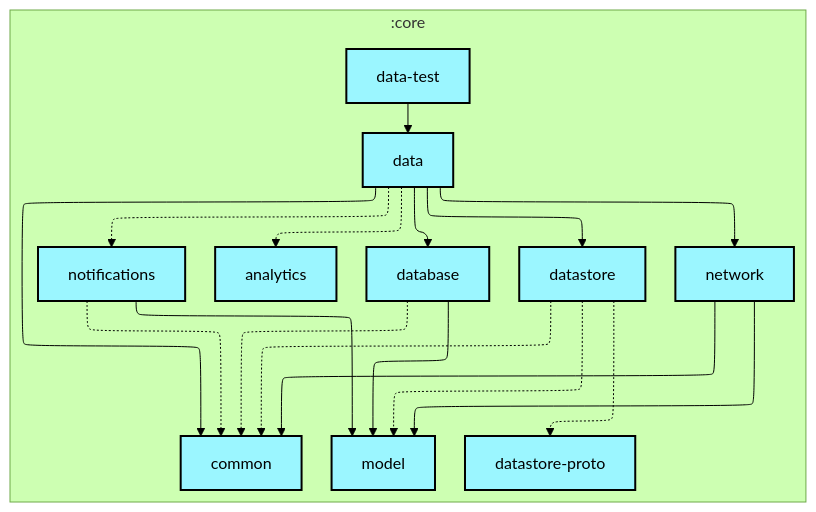
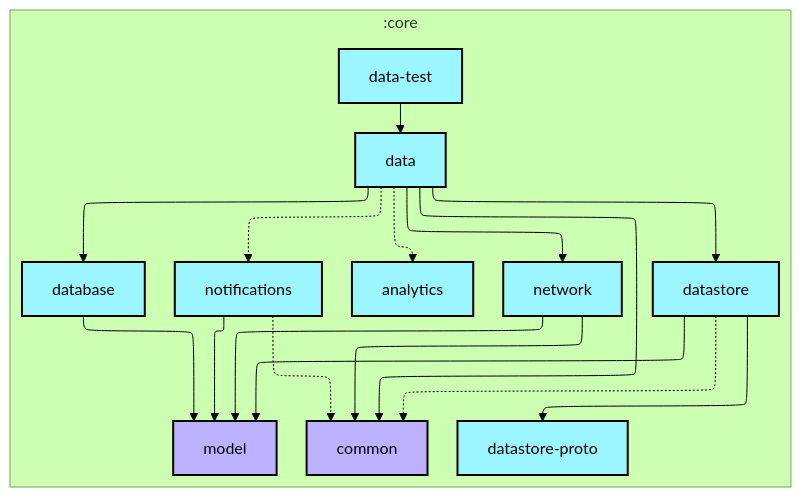
Before and after one commit to lihenggui/nowinkmp: the first of 2 diagrams in core/data-test/README.md, drawn with Mermaid (forest theme). The commit also changed other lines of this file and 26 other files, not shown here.

First line of the commit message:
Revert "Updates module graphs"

````diff
--- a/core/data-test/README.md
+++ b/core/data-test/README.md
@@ -6,46 +6,45 @@
 ```mermaid
 ---
 config:
   layout: elk
   elk:
     nodePlacementStrategy: SIMPLE
 ---
 graph TB
   subgraph :core
     direction TB
-    :core:analytics[analytics]:::kmp-library
-    :core:common[common]:::kmp-library
-    :core:data[data]:::kmp-library
-    :core:data-test[data-test]:::kmp-library
-    :core:database[database]:::kmp-library
-    :core:datastore[datastore]:::kmp-library
-    :core:datastore-proto[datastore-proto]:::kmp-library
-    :core:model[model]:::kmp-library
-    :core:network[network]:::kmp-library
-    :core:notifications[notifications]:::kmp-library
+    :core:analytics[analytics]:::android-library
+    :core:common[common]:::jvm-library
+    :core:data[data]:::android-library
+    :core:data-test[data-test]:::android-library
+    :core:database[database]:::android-library
+    :core:datastore[datastore]:::android-library
+    :core:datastore-proto[datastore-proto]:::android-library
+    :core:model[model]:::jvm-library
+    :core:network[network]:::android-library
+    :core:notifications[notifications]:::android-library
   end
 
   :core:data -.-> :core:analytics
   :core:data --> :core:common
   :core:data --> :core:database
   :core:data --> :core:datastore
   :core:data --> :core:network
   :core:data -.-> :core:notifications
   :core:data-test --> :core:data
-  :core:database -.-> :core:common
   :core:database --> :core:model
   :core:datastore -.-> :core:common
-  :core:datastore -.-> :core:datastore-proto
-  :core:datastore -.-> :core:model
+  :core:datastore --> :core:datastore-proto
+  :core:datastore --> :core:model
   :core:network --> :core:common
   :core:network --> :core:model
   :core:notifications -.-> :core:common
   :core:notifications --> :core:model
 
-classDef cmp-application fill:#CAFFBF,stroke:#000,stroke-width:2px,color:#000;
-classDef cmp-feature fill:#FFD6A5,stroke:#000,stroke-width:2px,color:#000;
-classDef kmp-library fill:#9BF6FF,stroke:#000,stroke-width:2px,color:#000;
+classDef android-application fill:#CAFFBF,stroke:#000,stroke-width:2px,color:#000;
+classDef android-feature fill:#FFD6A5,stroke:#000,stroke-width:2px,color:#000;
+classDef android-library fill:#9BF6FF,stroke:#000,stroke-width:2px,color:#000;
+classDef android-test fill:#A0C4FF,stroke:#000,stroke-width:2px,color:#000;
 classDef jvm-library fill:#BDB2FF,stroke:#000,stroke-width:2px,color:#000;
-classDef android-test fill:#A0C4FF,stroke:#000,stroke-width:2px,color:#000;
 classDef unknown fill:#FFADAD,stroke:#000,stroke-width:2px,color:#000;
 ```
````
